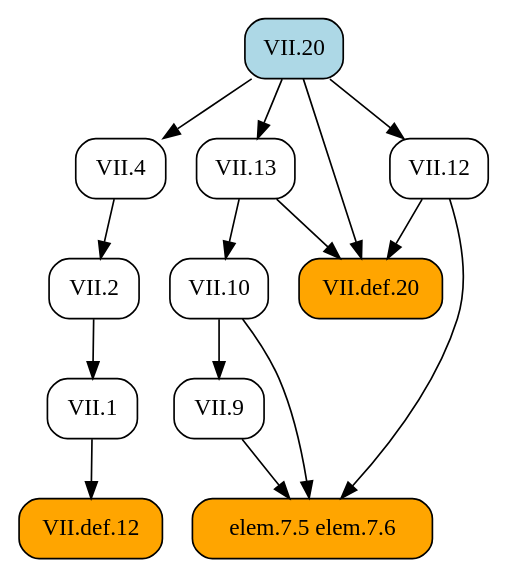
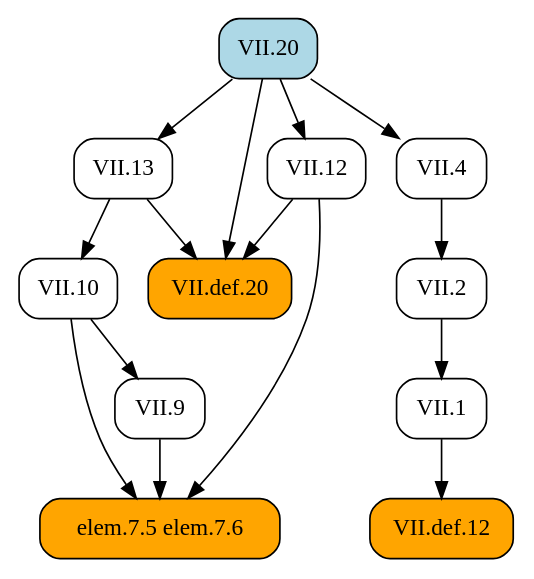
One commit to geometor/elements changed the diagram in docsrc/heath/VII/20/index.rst. Above: the diagram before and after it, drawn with Graphviz. The commit also changed other lines of this file and 1029 other files, not shown here.

```diff
--- a/docsrc/heath/VII/20/index.rst
+++ b/docsrc/heath/VII/20/index.rst
@@ -44,31 +44,31 @@
 .. graphviz::
 
    digraph {
      rankdir="TB";
      node [shape=box, style=rounded];
+     "elem.7.5 elem.7.6" [style="rounded,filled", fillcolor=orange];
      "VII.20" [style="rounded,filled", fillcolor=lightblue, URL="/heath/VII/20/", target="_top"];
+     "VII.def.12" [style="rounded,filled", fillcolor=orange, URL="/heath/VII/def.12/", target="_top"];
+     "VII.1" [URL="/heath/VII/1/", target="_top"];
+     "VII.10" [URL="/heath/VII/10/", target="_top"];
+     "VII.9" [URL="/heath/VII/9/", target="_top"];
+     "VII.13" [URL="/heath/VII/13/", target="_top"];
+     "VII.2" [URL="/heath/VII/2/", target="_top"];
+     "VII.12" [URL="/heath/VII/12/", target="_top"];
      "VII.4" [URL="/heath/VII/4/", target="_top"];
-     "VII.def.12" [style="rounded,filled", fillcolor=orange, URL="/heath/VII/def.12/", target="_top"];
-     "VII.12" [URL="/heath/VII/12/", target="_top"];
-     "VII.2" [URL="/heath/VII/2/", target="_top"];
-     "VII.9" [URL="/heath/VII/9/", target="_top"];
      "VII.def.20" [style="rounded,filled", fillcolor=orange, URL="/heath/VII/def.20/", target="_top"];
-     "elem.7.5 elem.7.6" [style="rounded,filled", fillcolor=orange];
-     "VII.1" [URL="/heath/VII/1/", target="_top"];
-     "VII.13" [URL="/heath/VII/13/", target="_top"];
-     "VII.10" [URL="/heath/VII/10/", target="_top"];
+     "VII.9" -> "elem.7.5 elem.7.6";
+     "VII.10" -> "elem.7.5 elem.7.6";
+     "VII.12" -> "elem.7.5 elem.7.6";
+     "VII.1" -> "VII.def.12";
+     "VII.2" -> "VII.1";
+     "VII.13" -> "VII.10";
+     "VII.10" -> "VII.9";
+     "VII.20" -> "VII.13";
+     "VII.4" -> "VII.2";
+     "VII.20" -> "VII.12";
      "VII.20" -> "VII.4";
-     "VII.1" -> "VII.def.12";
-     "VII.20" -> "VII.12";
-     "VII.4" -> "VII.2";
-     "VII.10" -> "VII.9";
      "VII.12" -> "VII.def.20";
      "VII.13" -> "VII.def.20";
      "VII.20" -> "VII.def.20";
-     "VII.9" -> "elem.7.5 elem.7.6";
-     "VII.10" -> "elem.7.5 elem.7.6";
-     "VII.12" -> "elem.7.5 elem.7.6";
-     "VII.2" -> "VII.1";
-     "VII.20" -> "VII.13";
-     "VII.13" -> "VII.10";
    }
```
